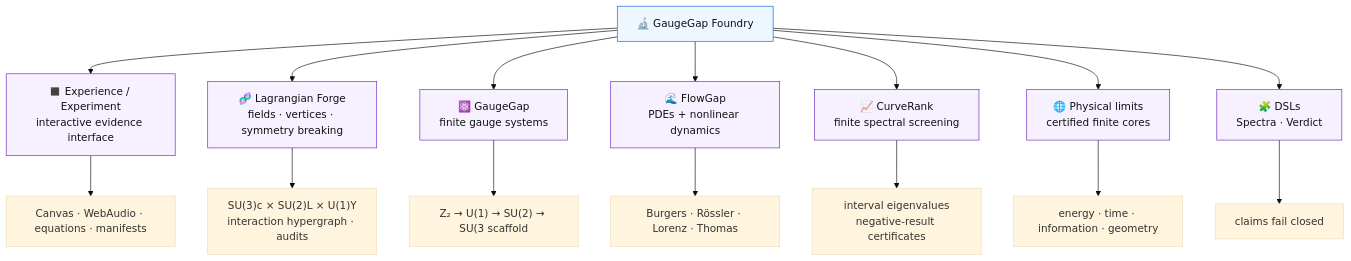
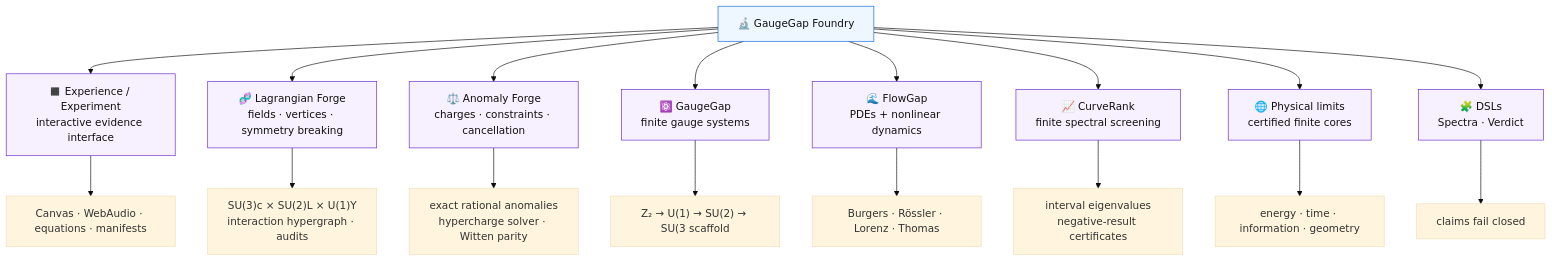
One commit to XioAISolutions/gaugegap-foundry changed the first of 8 diagrams in README.md. Above: the diagram before and after it, drawn with Mermaid (base theme). The commit also changed other lines of this file, not shown here.

Commit message:
Make Anomaly Forge visual and interactive in README

````diff
--- a/README.md
+++ b/README.md
@@ -50,24 +52,26 @@
 ```mermaid
 flowchart TD
     F["🔬 GaugeGap Foundry"]
     F --> X["◼️ Experience / Experiment<br/>interactive evidence interface"]
     F --> L["🧬 Lagrangian Forge<br/>fields · vertices · symmetry breaking"]
+    F --> A["⚖️ Anomaly Forge<br/>charges · constraints · cancellation"]
     F --> G["⚛️ GaugeGap<br/>finite gauge systems"]
     F --> FL["🌊 FlowGap<br/>PDEs + nonlinear dynamics"]
     F --> C["📈 CurveRank<br/>finite spectral screening"]
     F --> P["🌐 Physical limits<br/>certified finite cores"]
     F --> D["🧩 DSLs<br/>Spectra · Verdict"]
 
     X --> X1["Canvas · WebAudio · equations · manifests"]
     L --> L1["SU(3)c × SU(2)L × U(1)Y<br/>interaction hypergraph · audits"]
+    A --> A1["exact rational anomalies<br/>hypercharge solver · Witten parity"]
     G --> G1["Z₂ → U(1) → SU(2) → SU(3 scaffold"]
     FL --> FL1["Burgers · Rössler · Lorenz · Thomas"]
     C --> C1["interval eigenvalues<br/>negative-result certificates"]
     P --> P1["energy · time · information · geometry"]
     D --> D1["claims fail closed"]
 
     classDef main fill:#eef6ff,stroke:#0969da,color:#111;
     classDef edge fill:#f6f0ff,stroke:#6929c4,color:#111;
     class F main;
-    class X,L,G,FL,C,P,D edge;
+    class X,L,A,G,FL,C,P,D edge;
 ```
````
